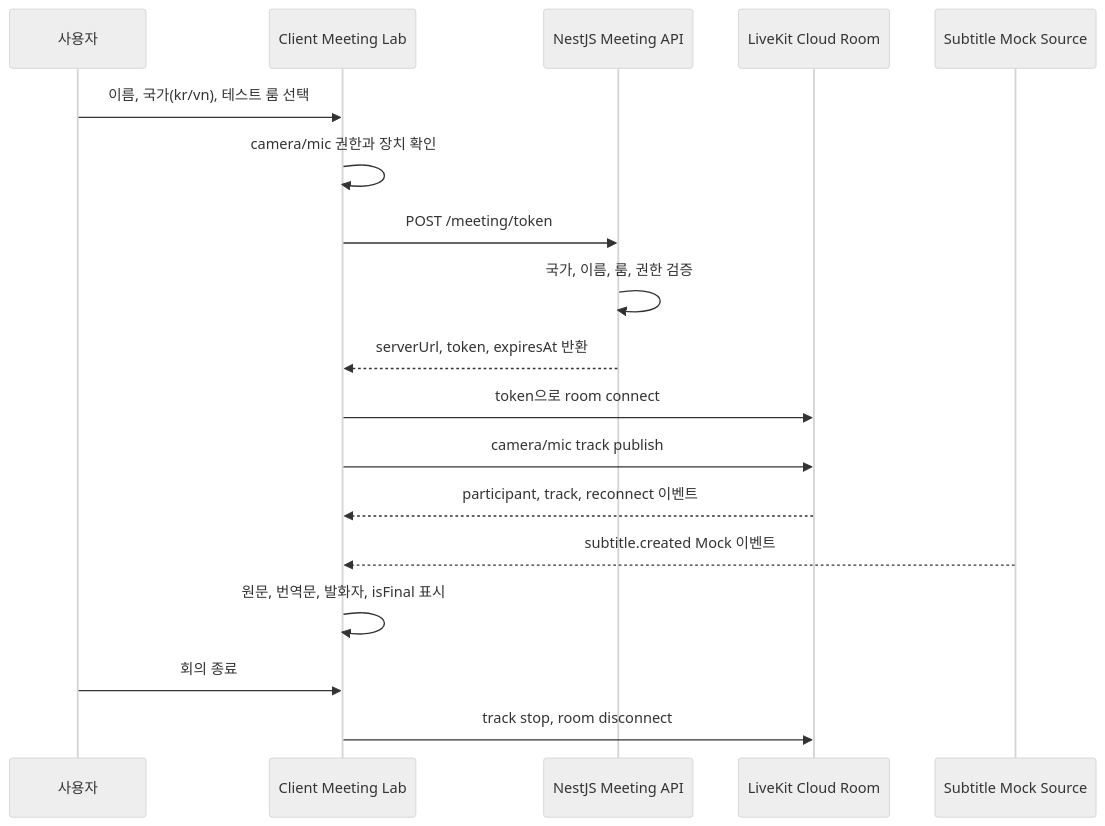
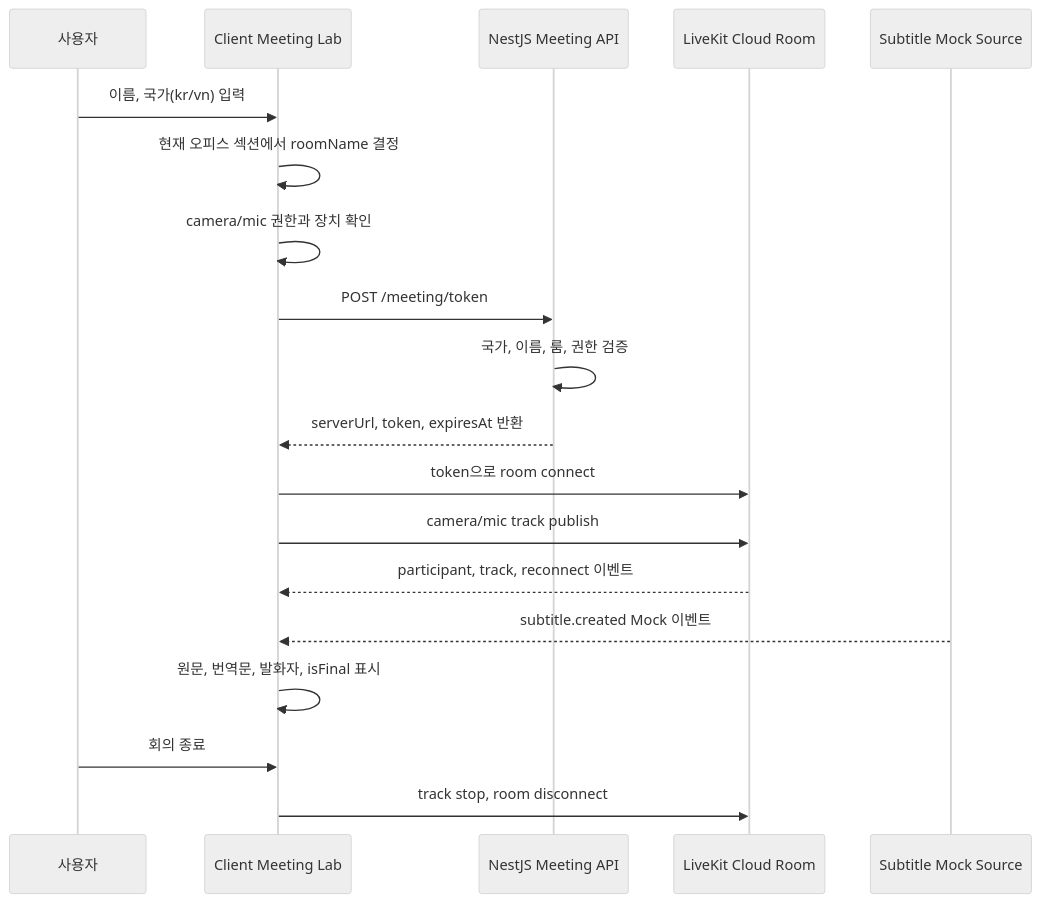
One commit to LIKELION2026/LIKELION2026 changed the diagram in docs/FEATURES/realtime-meeting/PIPELINE.md. Above: the diagram before and after it, drawn with Mermaid (neutral theme). The commit also changed other lines of this file and 1 other file, not shown here.

````diff
--- a/docs/FEATURES/realtime-meeting/PIPELINE.md
+++ b/docs/FEATURES/realtime-meeting/PIPELINE.md
@@ -38,21 +38,22 @@
 ```mermaid
 sequenceDiagram
     participant User as 사용자
     participant Client as Client Meeting Lab
     participant Server as NestJS Meeting API
     participant LiveKit as LiveKit Cloud Room
     participant SubtitleMock as Subtitle Mock Source
 
-    User->>Client: 이름, 국가(kr/vn), 테스트 룸 선택
+    User->>Client: 이름, 국가(kr/vn) 입력
+    Client->>Client: 현재 오피스 섹션에서 roomName 결정
     Client->>Client: camera/mic 권한과 장치 확인
     Client->>Server: POST /meeting/token
     Server->>Server: 국가, 이름, 룸, 권한 검증
     Server-->>Client: serverUrl, token, expiresAt 반환
     Client->>LiveKit: token으로 room connect
     Client->>LiveKit: camera/mic track publish
     LiveKit-->>Client: participant, track, reconnect 이벤트
     SubtitleMock-->>Client: subtitle.created Mock 이벤트
     Client->>Client: 원문, 번역문, 발화자, isFinal 표시
     User->>Client: 회의 종료
     Client->>LiveKit: track stop, room disconnect
 ```
````
